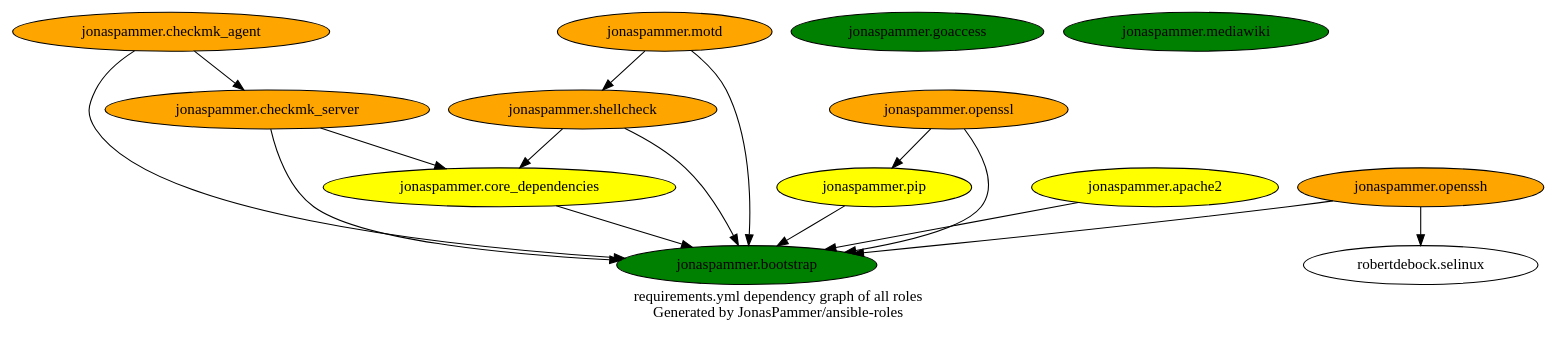
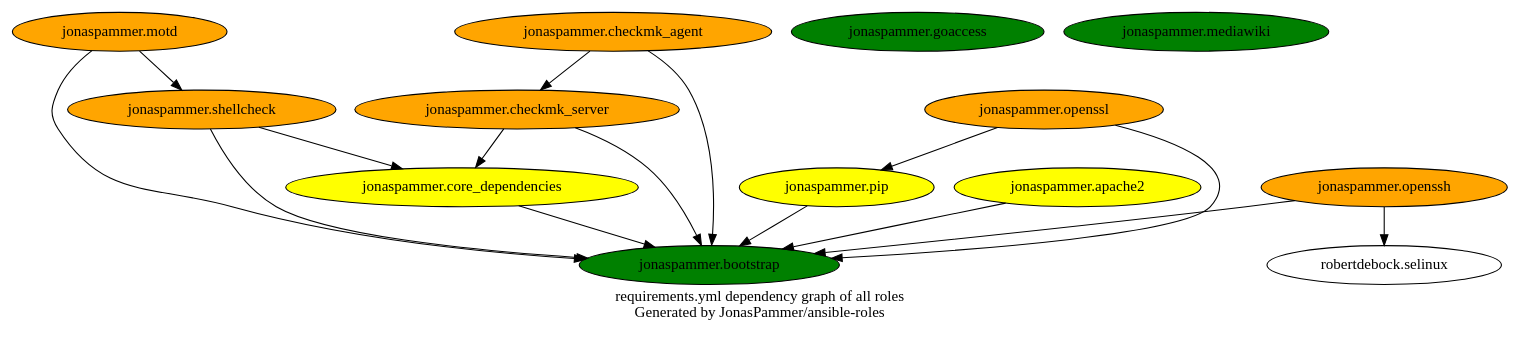
The diagram in graphs/dependencies_ALL.dot (JonasPammer/ansible-roles), drawn with Graphviz before and after one commit. The commit also changed other lines of this file and 3 other files, not shown here.

```diff
--- a/graphs/dependencies_ALL.dot
+++ b/graphs/dependencies_ALL.dot
@@ -1,29 +1,29 @@
 digraph hierarchy {
   label = "requirements.yml dependency graph of all roles \n Generated by JonasPammer/ansible-roles" ;
 
   {
+    "jonaspammer.bootstrap" [fillcolor=green style=filled]
+    "jonaspammer.core_dependencies" [fillcolor=yellow style=filled]
+    "jonaspammer.pip" [fillcolor=yellow style=filled]
+    "jonaspammer.shellcheck" [fillcolor=orange style=filled]
+    "jonaspammer.checkmk_server" [fillcolor=orange style=filled]
+    "jonaspammer.checkmk_agent" [fillcolor=orange style=filled]
+    "jonaspammer.openssh" [fillcolor=orange style=filled]
+    "jonaspammer.motd" [fillcolor=orange style=filled]
     "jonaspammer.apache2" [fillcolor=yellow style=filled]
-    "jonaspammer.bootstrap" [fillcolor=green style=filled]
-    "jonaspammer.checkmk_agent" [fillcolor=orange style=filled]
-    "jonaspammer.checkmk_server" [fillcolor=orange style=filled]
-    "jonaspammer.core_dependencies" [fillcolor=yellow style=filled]
+    "jonaspammer.openssl" [fillcolor=orange style=filled]
     "jonaspammer.goaccess" [fillcolor=green style=filled]
     "jonaspammer.mediawiki" [fillcolor=green style=filled]
-    "jonaspammer.motd" [fillcolor=orange style=filled]
-    "jonaspammer.openssh" [fillcolor=orange style=filled]
-    "jonaspammer.openssl" [fillcolor=orange style=filled]
-    "jonaspammer.pip" [fillcolor=yellow style=filled]
-    "jonaspammer.shellcheck" [fillcolor=orange style=filled]
   }
 
 
-  "jonaspammer.apache2" -> {"jonaspammer.bootstrap"}
-  "jonaspammer.checkmk_agent" -> {"jonaspammer.bootstrap" "jonaspammer.checkmk_server"}
-  "jonaspammer.checkmk_server" -> {"jonaspammer.bootstrap" "jonaspammer.core_dependencies"}
   "jonaspammer.core_dependencies" -> {"jonaspammer.bootstrap"}
-  "jonaspammer.motd" -> {"jonaspammer.bootstrap" "jonaspammer.shellcheck"}
-  "jonaspammer.openssh" -> {"jonaspammer.bootstrap" "robertdebock.selinux"}
-  "jonaspammer.openssl" -> {"jonaspammer.pip" "jonaspammer.bootstrap"}
   "jonaspammer.pip" -> {"jonaspammer.bootstrap"}
   "jonaspammer.shellcheck" -> {"jonaspammer.bootstrap" "jonaspammer.core_dependencies"}
+  "jonaspammer.checkmk_server" -> {"jonaspammer.bootstrap" "jonaspammer.core_dependencies"}
+  "jonaspammer.checkmk_agent" -> {"jonaspammer.bootstrap" "jonaspammer.checkmk_server"}
+  "jonaspammer.openssh" -> {"jonaspammer.bootstrap" "robertdebock.selinux"}
+  "jonaspammer.motd" -> {"jonaspammer.bootstrap" "jonaspammer.shellcheck"}
+  "jonaspammer.apache2" -> {"jonaspammer.bootstrap"}
+  "jonaspammer.openssl" -> {"jonaspammer.pip" "jonaspammer.bootstrap"}
 }
```
